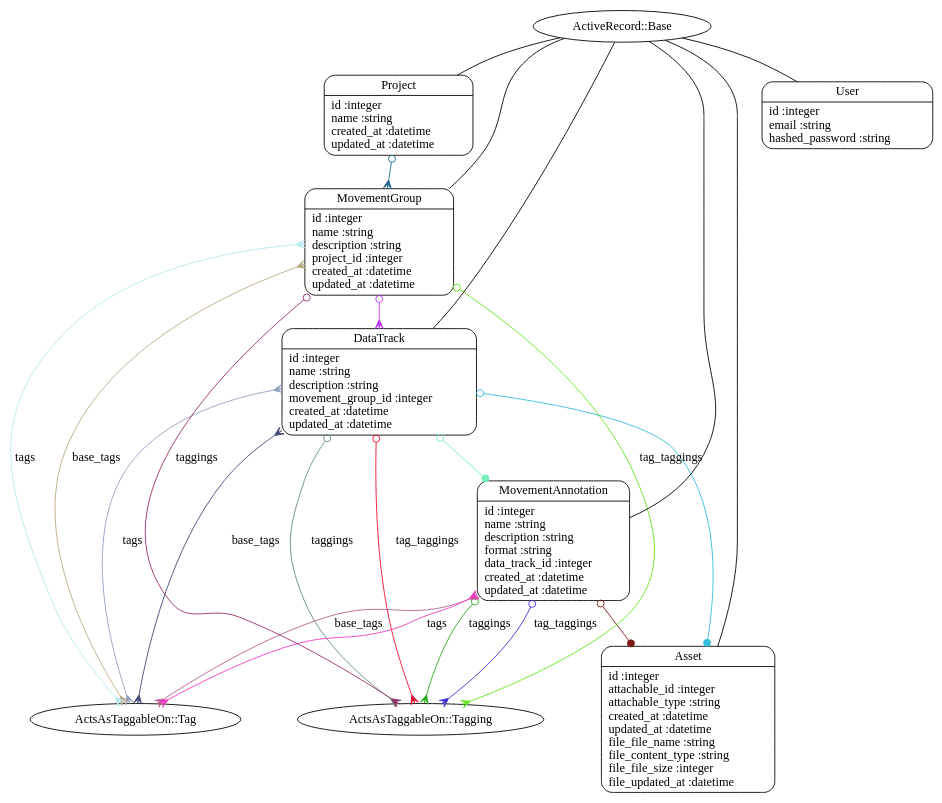
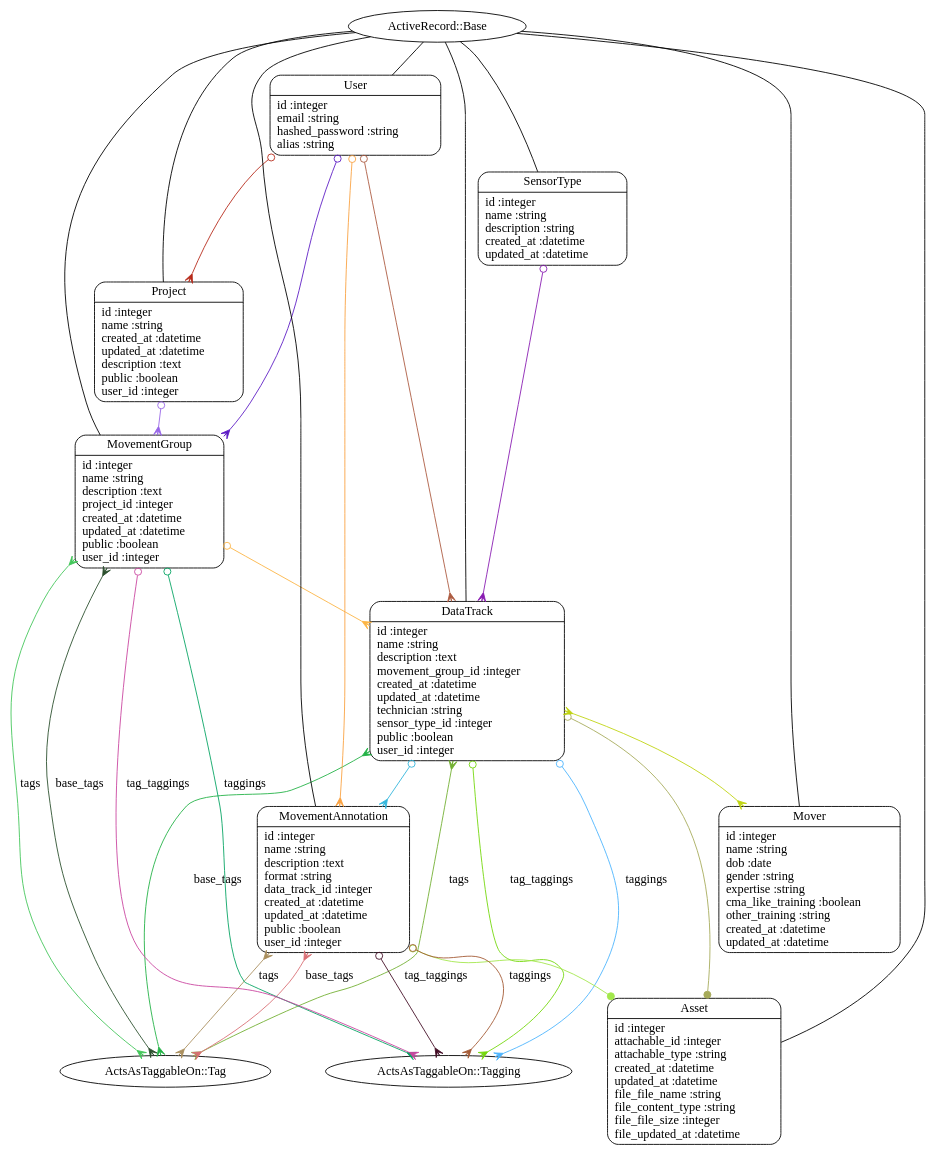
One commit to subirranjan1/mm-file-support changed the diagram in full_models.dot. Above: the diagram before and after it, drawn with Graphviz. The commit also changed 70 other files, not shown here.

```diff
--- a/full_models.dot
+++ b/full_models.dot
@@ -1,32 +1,42 @@
 digraph models_diagram {
 	graph[overlap=false, splines=true]
 	"Asset" [shape=Mrecord, label="{Asset|id :integer\lattachable_id :integer\lattachable_type :string\lcreated_at :datetime\lupdated_at :datetime\lfile_file_name :string\lfile_content_type :string\lfile_file_size :integer\lfile_updated_at :datetime\l}"]
-	"DataTrack" [shape=Mrecord, label="{DataTrack|id :integer\lname :string\ldescription :string\lmovement_group_id :integer\lcreated_at :datetime\lupdated_at :datetime\l}"]
-	"MovementAnnotation" [shape=Mrecord, label="{MovementAnnotation|id :integer\lname :string\ldescription :string\lformat :string\ldata_track_id :integer\lcreated_at :datetime\lupdated_at :datetime\l}"]
-	"MovementGroup" [shape=Mrecord, label="{MovementGroup|id :integer\lname :string\ldescription :string\lproject_id :integer\lcreated_at :datetime\lupdated_at :datetime\l}"]
-	"Project" [shape=Mrecord, label="{Project|id :integer\lname :string\lcreated_at :datetime\lupdated_at :datetime\l}"]
-	"User" [shape=Mrecord, label="{User|id :integer\lemail :string\lhashed_password :string\l}"]
+	"DataTrack" [shape=Mrecord, label="{DataTrack|id :integer\lname :string\ldescription :text\lmovement_group_id :integer\lcreated_at :datetime\lupdated_at :datetime\ltechnician :string\lsensor_type_id :integer\lpublic :boolean\luser_id :integer\l}"]
+	"MovementAnnotation" [shape=Mrecord, label="{MovementAnnotation|id :integer\lname :string\ldescription :text\lformat :string\ldata_track_id :integer\lcreated_at :datetime\lupdated_at :datetime\lpublic :boolean\luser_id :integer\l}"]
+	"MovementGroup" [shape=Mrecord, label="{MovementGroup|id :integer\lname :string\ldescription :text\lproject_id :integer\lcreated_at :datetime\lupdated_at :datetime\lpublic :boolean\luser_id :integer\l}"]
+	"Mover" [shape=Mrecord, label="{Mover|id :integer\lname :string\ldob :date\lgender :string\lexpertise :string\lcma_like_training :boolean\lother_training :string\lcreated_at :datetime\lupdated_at :datetime\l}"]
+	"Project" [shape=Mrecord, label="{Project|id :integer\lname :string\lcreated_at :datetime\lupdated_at :datetime\ldescription :text\lpublic :boolean\luser_id :integer\l}"]
+	"SensorType" [shape=Mrecord, label="{SensorType|id :integer\lname :string\ldescription :string\lcreated_at :datetime\lupdated_at :datetime\l}"]
+	"User" [shape=Mrecord, label="{User|id :integer\lemail :string\lhashed_password :string\lalias :string\l}"]
 	"ActiveRecord::Base" -> "Asset" [label="", arrowhead="none", arrowtail="onormal"]
-	"DataTrack" -> "Asset" [arrowtail=odot, arrowhead=dot, dir=both color="#35BDDD"]
-	"DataTrack" -> "MovementAnnotation" [arrowtail=odot, arrowhead=dot, dir=both color="#78EEB8"]
-	"DataTrack" -> "ActsAsTaggableOn::Tagging" [label="taggings", arrowtail=odot, arrowhead=crow, dir=both color="#648A7C"]
-	"DataTrack" -> "ActsAsTaggableOn::Tag" [label="base_tags", arrowtail=crow, arrowhead=crow, dir=both color="#424778"]
-	"DataTrack" -> "ActsAsTaggableOn::Tagging" [label="tag_taggings", arrowtail=odot, arrowhead=crow, dir=both color="#F00A2D"]
-	"DataTrack" -> "ActsAsTaggableOn::Tag" [label="tags", arrowtail=crow, arrowhead=crow, dir=both color="#91A0C0"]
+	"DataTrack" -> "Asset" [arrowtail=odot, arrowhead=dot, dir=both color="#A7AB5A"]
+	"DataTrack" -> "MovementAnnotation" [arrowtail=odot, arrowhead=crow, dir=both color="#32B6DC"]
+	"DataTrack" -> "Mover" [arrowtail=crow, arrowhead=crow, dir=both color="#C0D40F"]
+	"DataTrack" -> "ActsAsTaggableOn::Tagging" [label="taggings", arrowtail=odot, arrowhead=crow, dir=both color="#4CB4FE"]
+	"DataTrack" -> "ActsAsTaggableOn::Tag" [label="base_tags", arrowtail=crow, arrowhead=crow, dir=both color="#23B246"]
+	"DataTrack" -> "ActsAsTaggableOn::Tagging" [label="tag_taggings", arrowtail=odot, arrowhead=crow, dir=both color="#74D80B"]
+	"DataTrack" -> "ActsAsTaggableOn::Tag" [label="tags", arrowtail=crow, arrowhead=crow, dir=both color="#72B032"]
 	"ActiveRecord::Base" -> "DataTrack" [label="", arrowhead="none", arrowtail="onormal"]
-	"MovementAnnotation" -> "Asset" [arrowtail=odot, arrowhead=dot, dir=both color="#781A15"]
-	"MovementAnnotation" -> "ActsAsTaggableOn::Tagging" [label="taggings", arrowtail=odot, arrowhead=crow, dir=both color="#29AA1E"]
-	"MovementAnnotation" -> "ActsAsTaggableOn::Tag" [label="base_tags", arrowtail=crow, arrowhead=crow, dir=both color="#B25F8C"]
-	"MovementAnnotation" -> "ActsAsTaggableOn::Tagging" [label="tag_taggings", arrowtail=odot, arrowhead=crow, dir=both color="#3E2BD4"]
-	"MovementAnnotation" -> "ActsAsTaggableOn::Tag" [label="tags", arrowtail=crow, arrowhead=crow, dir=both color="#F239C2"]
+	"MovementAnnotation" -> "Asset" [arrowtail=odot, arrowhead=dot, dir=both color="#A3E84C"]
+	"MovementAnnotation" -> "ActsAsTaggableOn::Tagging" [label="taggings", arrowtail=odot, arrowhead=crow, dir=both color="#A35934"]
+	"MovementAnnotation" -> "ActsAsTaggableOn::Tag" [label="base_tags", arrowtail=crow, arrowhead=crow, dir=both color="#DA6F75"]
+	"MovementAnnotation" -> "ActsAsTaggableOn::Tagging" [label="tag_taggings", arrowtail=odot, arrowhead=crow, dir=both color="#430D25"]
+	"MovementAnnotation" -> "ActsAsTaggableOn::Tag" [label="tags", arrowtail=crow, arrowhead=crow, dir=both color="#AA8F5E"]
 	"ActiveRecord::Base" -> "MovementAnnotation" [label="", arrowhead="none", arrowtail="onormal"]
-	"MovementGroup" -> "DataTrack" [arrowtail=odot, arrowhead=crow, dir=both color="#B533F1"]
-	"MovementGroup" -> "ActsAsTaggableOn::Tagging" [label="taggings", arrowtail=odot, arrowhead=crow, dir=both color="#982B6A"]
-	"MovementGroup" -> "ActsAsTaggableOn::Tag" [label="base_tags", arrowtail=crow, arrowhead=crow, dir=both color="#BAA881"]
-	"MovementGroup" -> "ActsAsTaggableOn::Tagging" [label="tag_taggings", arrowtail=odot, arrowhead=crow, dir=both color="#60E618"]
-	"MovementGroup" -> "ActsAsTaggableOn::Tag" [label="tags", arrowtail=crow, arrowhead=crow, dir=both color="#B6E7F0"]
+	"MovementGroup" -> "DataTrack" [arrowtail=odot, arrowhead=crow, dir=both color="#FCB444"]
+	"MovementGroup" -> "ActsAsTaggableOn::Tagging" [label="taggings", arrowtail=odot, arrowhead=crow, dir=both color="#06A463"]
+	"MovementGroup" -> "ActsAsTaggableOn::Tag" [label="base_tags", arrowtail=crow, arrowhead=crow, dir=both color="#2C502E"]
+	"MovementGroup" -> "ActsAsTaggableOn::Tagging" [label="tag_taggings", arrowtail=odot, arrowhead=crow, dir=both color="#CA45A0"]
+	"MovementGroup" -> "ActsAsTaggableOn::Tag" [label="tags", arrowtail=crow, arrowhead=crow, dir=both color="#44C65B"]
 	"ActiveRecord::Base" -> "MovementGroup" [label="", arrowhead="none", arrowtail="onormal"]
-	"Project" -> "MovementGroup" [arrowtail=odot, arrowhead=crow, dir=both color="#226994"]
+	"ActiveRecord::Base" -> "Mover" [label="", arrowhead="none", arrowtail="onormal"]
+	"Project" -> "MovementGroup" [arrowtail=odot, arrowhead=crow, dir=both color="#9866E7"]
 	"ActiveRecord::Base" -> "Project" [label="", arrowhead="none", arrowtail="onormal"]
+	"SensorType" -> "DataTrack" [arrowtail=odot, arrowhead=crow, dir=both color="#891CB2"]
+	"ActiveRecord::Base" -> "SensorType" [label="", arrowhead="none", arrowtail="onormal"]
+	"User" -> "Project" [arrowtail=odot, arrowhead=crow, dir=both color="#B72A1A"]
+	"User" -> "DataTrack" [arrowtail=odot, arrowhead=crow, dir=both color="#AC5B40"]
+	"User" -> "MovementGroup" [arrowtail=odot, arrowhead=crow, dir=both color="#5E1DC5"]
+	"User" -> "MovementAnnotation" [arrowtail=odot, arrowhead=crow, dir=both color="#FAA241"]
 	"ActiveRecord::Base" -> "User" [label="", arrowhead="none", arrowtail="onormal"]
 }
```
